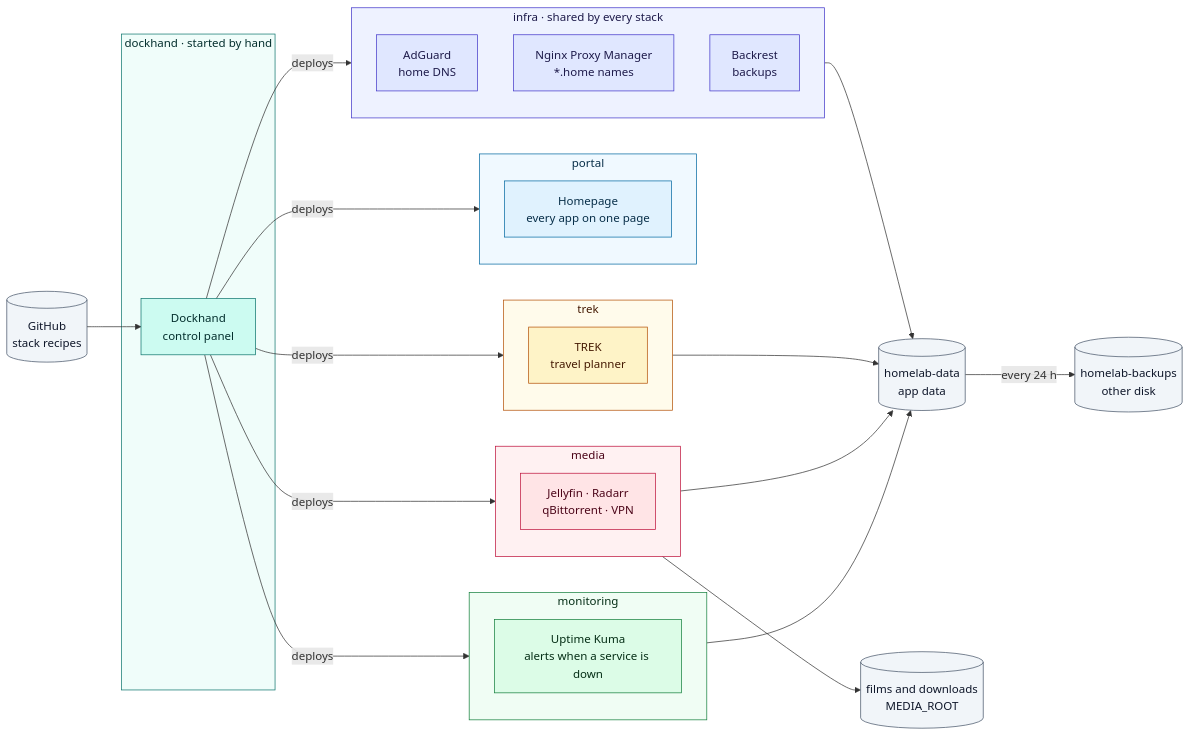
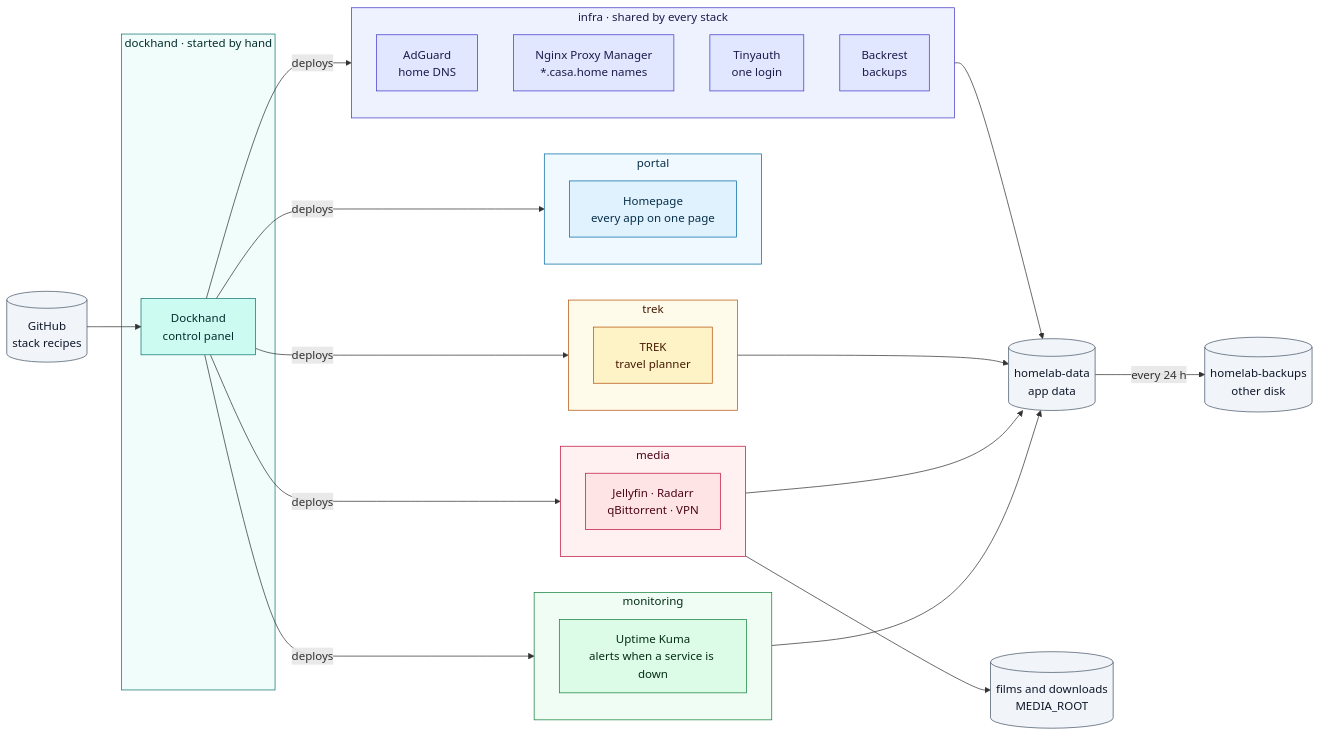
Before and after one commit to c4rl0s04/homelab: the diagram in README.md, drawn with Mermaid. The commit also changed other lines of this file and 11 other files, not shown here.

First line of the commit message:
feat: single login with Tinyauth and casa.home names

````diff
--- a/README.md
+++ b/README.md
@@ -7,64 +7,65 @@
 ```mermaid
 flowchart LR
   git[("GitHub<br/>stack recipes")]
 
   subgraph DOCKHAND["dockhand · started by hand"]
     dockhand["Dockhand<br/>control panel"]
   end
 
   subgraph INFRA["infra · shared by every stack"]
     adguard["AdGuard<br/>home DNS"]
-    npm["Nginx Proxy Manager<br/>*.home names"]
+    npm["Nginx Proxy Manager<br/>*.casa.home names"]
+    tinyauth["Tinyauth<br/>one login"]
     backrest["Backrest<br/>backups"]
   end
 
   subgraph TREK["trek"]
     trek["TREK<br/>travel planner"]
   end
 
   subgraph MONITORING["monitoring"]
     kuma["Uptime Kuma<br/>alerts when a service is down"]
   end
 
   subgraph PORTAL["portal"]
     homepage["Homepage<br/>every app on one page"]
   end
 
   subgraph MEDIA["media"]
     media["Jellyfin · Radarr<br/>qBittorrent · VPN"]
   end
 
   data[("homelab-data<br/>app data")]
   backups[("homelab-backups<br/>other disk")]
 
   git --> dockhand
   dockhand -- deploys --> INFRA
   dockhand -- deploys --> TREK
   dockhand -- deploys --> MEDIA
   dockhand -- deploys --> MONITORING
   dockhand -- deploys --> PORTAL
   INFRA & TREK & MEDIA & MONITORING --> data
   MEDIA --> films[("films and downloads<br/>MEDIA_ROOT")]
   data -- every 24 h --> backups
 
   classDef manager fill:#ccfbf1,stroke:#0f766e,color:#042f2e
   classDef infra fill:#e0e7ff,stroke:#4338ca,color:#1e1b4b
   classDef trek fill:#fef3c7,stroke:#b45309,color:#451a03
   classDef media fill:#ffe4e6,stroke:#be123c,color:#4c0519
   classDef monitoring fill:#dcfce7,stroke:#15803d,color:#052e16
   classDef portal fill:#e0f2fe,stroke:#0369a1,color:#082f49
   classDef storage fill:#f1f5f9,stroke:#475569,color:#0f172a
   class dockhand manager
-  class adguard,npm,backrest infra
+  class adguard,npm,backrest,tinyauth infra
   class trek trek
   class media media
   class kuma monitoring
   class homepage portal
   class git,data,backups,films storage
   style DOCKHAND fill:#f0fdfa,stroke:#0f766e,color:#042f2e
   style INFRA fill:#eef2ff,stroke:#4338ca,color:#1e1b4b
   style TREK fill:#fffbeb,stroke:#b45309,color:#451a03
   style MEDIA fill:#fff1f2,stroke:#be123c,color:#4c0519
   style MONITORING fill:#f0fdf4,stroke:#15803d,color:#052e16
   style PORTAL fill:#f0f9ff,stroke:#0369a1,color:#082f49
 ```
````
